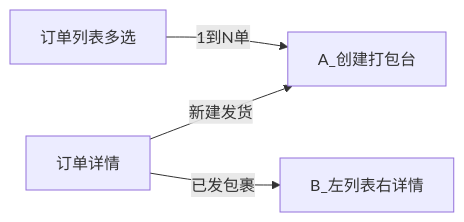
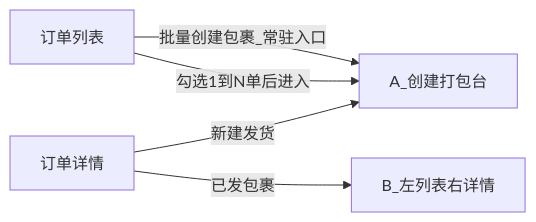
One commit to lancety/xituan_agent changed the first of 4 diagrams in docs/delivery/unified-dispatch-pipeline-design.md. Above: the diagram before and after it, drawn with Mermaid. The commit also changed other lines of this file and 4 other files, not shown here.

````diff
--- a/docs/delivery/unified-dispatch-pipeline-design.md
+++ b/docs/delivery/unified-dispatch-pipeline-design.md
@@ -60,10 +66,11 @@
 ```mermaid
 flowchart LR
-  orderList[订单列表多选]
+  orderList[订单列表]
   orderDetail[订单详情]
   createBench[A_创建打包台]
   browsePane[B_左列表右详情]
-  orderList -->|1到N单| createBench
+  orderList -->|批量创建包裹_常驻入口| createBench
+  orderList -->|勾选1到N单后进入| createBench
   orderDetail -->|新建发货| createBench
   orderDetail -->|已发包裹| browsePane
 ```
````
